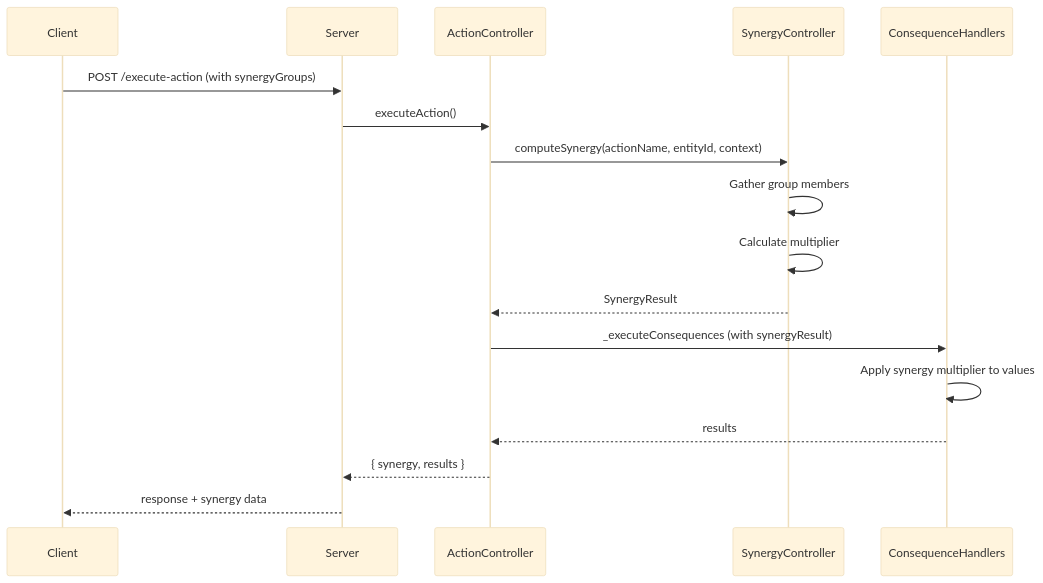
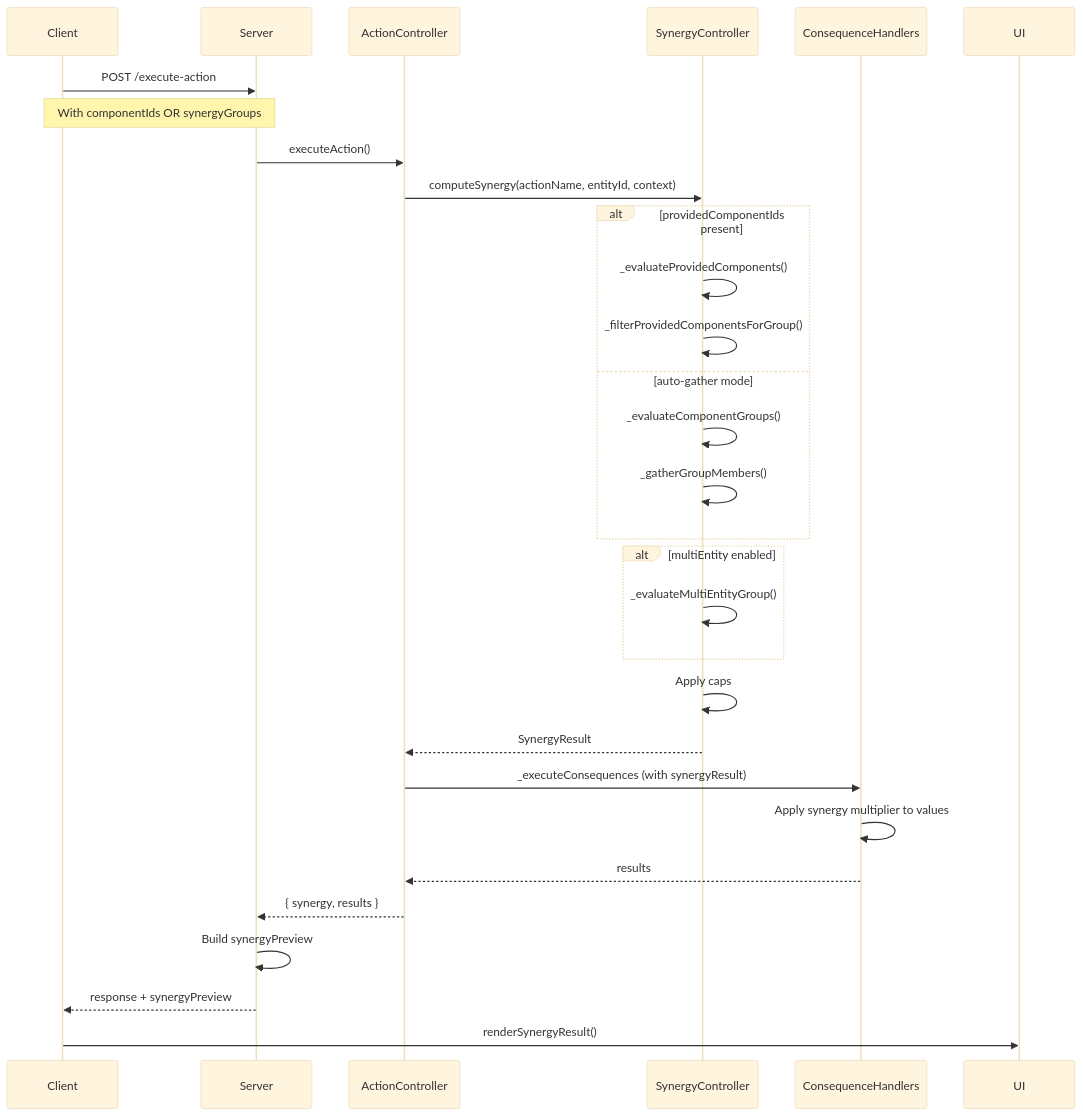
Before and after one commit to Rhuan-P-Dev/slopSimulacrum: the third of 3 diagrams in wiki/subMDs/synergy_system.md, drawn with Mermaid (base theme). The commit also changed other lines of this file and 19 other files, not shown here.

````diff
--- a/wiki/subMDs/synergy_system.md
+++ b/wiki/subMDs/synergy_system.md
@@ -270,20 +227,35 @@
 ```mermaid
 sequenceDiagram
     participant C as Client
     participant S as Server
     participant A as ActionController
     participant SC as SynergyController
     participant H as ConsequenceHandlers
 
-    C->>S: POST /execute-action (with synergyGroups)
+    C->>S: POST /execute-action
+    Note over C,S: With componentIds OR synergyGroups
     S->>A: executeAction()
     A->>SC: computeSynergy(actionName, entityId, context)
-    SC->>SC: Gather group members
-    SC->>SC: Calculate multiplier
+    
+    alt providedComponentIds present
+        SC->>SC: _evaluateProvidedComponents()
+        SC->>SC: _filterProvidedComponentsForGroup()
+    else auto-gather mode
+        SC->>SC: _evaluateComponentGroups()
+        SC->>SC: _gatherGroupMembers()
+    end
+    
+    alt multiEntity enabled
+        SC->>SC: _evaluateMultiEntityGroup()
+    end
+    
+    SC->>SC: Apply caps
     SC-->>A: SynergyResult
     A->>H: _executeConsequences (with synergyResult)
     H->>H: Apply synergy multiplier to values
     H-->>A: results
     A-->>S: { synergy, results }
-    S-->>C: response + synergy data
+    S->>S: Build synergyPreview
+    S-->>C: response + synergyPreview
+    C->>UI: renderSynergyResult()
 ```
````
